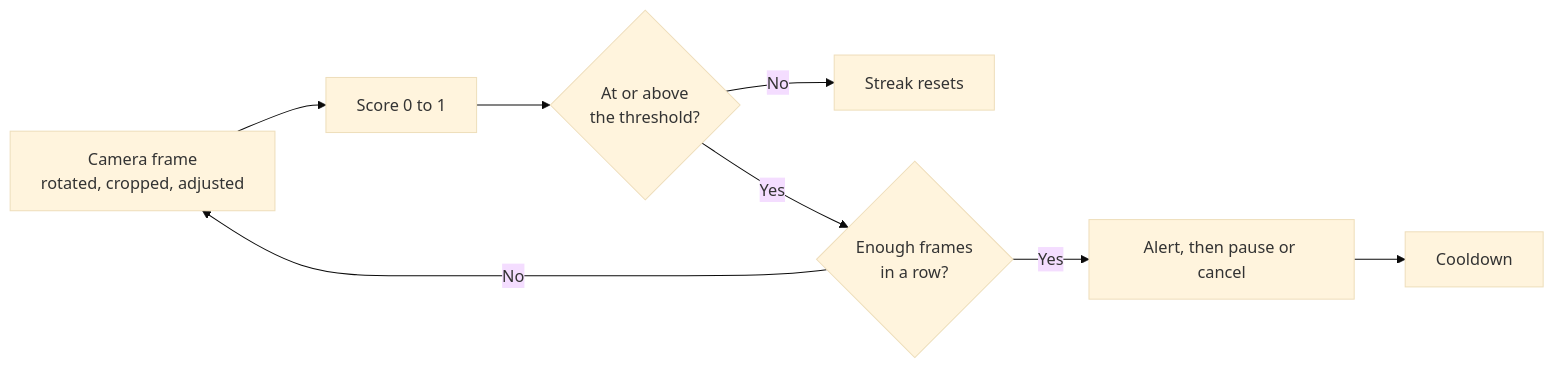
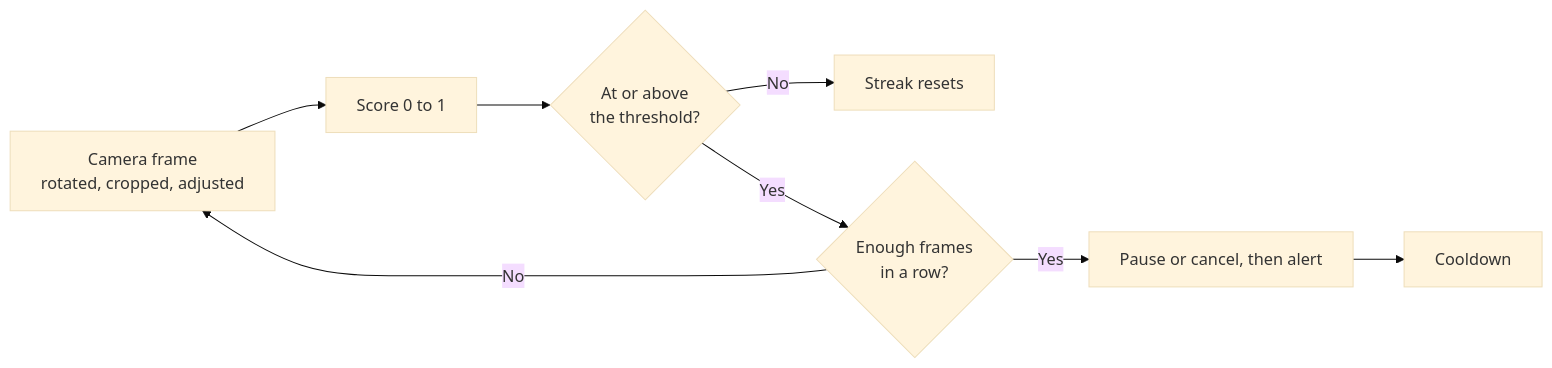
Before and after one commit to oliverbravery/PrintGuard: the diagram in docs/monitoring.md, drawn with Mermaid (base theme). The commit also changed other lines of this file and 1 other file, not shown here.

````diff
--- a/docs/monitoring.md
+++ b/docs/monitoring.md
@@ -23,10 +23,10 @@
 ```mermaid
 flowchart LR
     frame["Camera frame<br/>rotated, cropped, adjusted"] --> score["Score 0 to 1"]
     score --> over{"At or above<br/>the threshold?"}
     over -- "No" --> reset["Streak resets"]
     over -- "Yes" --> streak{"Enough frames<br/>in a row?"}
     streak -- "No" --> frame
-    streak -- "Yes" --> act["Alert, then pause or cancel"]
+    streak -- "Yes" --> act["Pause or cancel, then alert"]
     act --> cool["Cooldown"]
 ```
````
